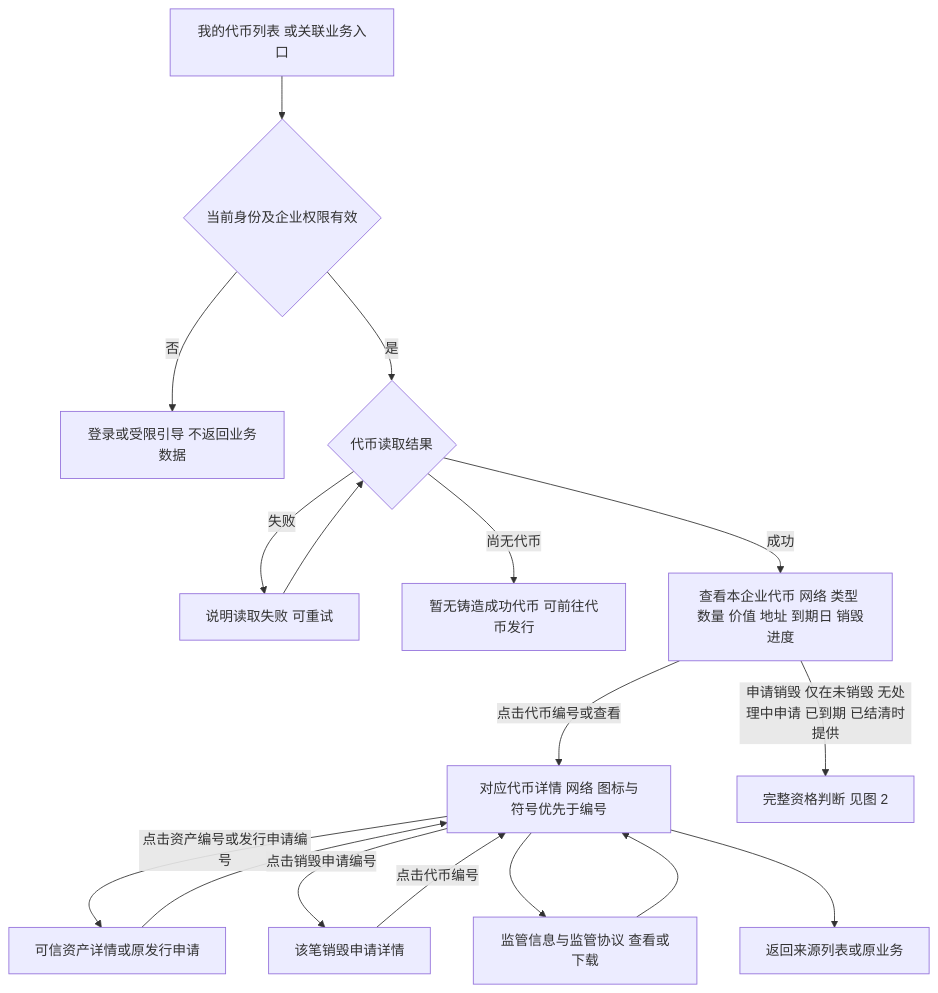
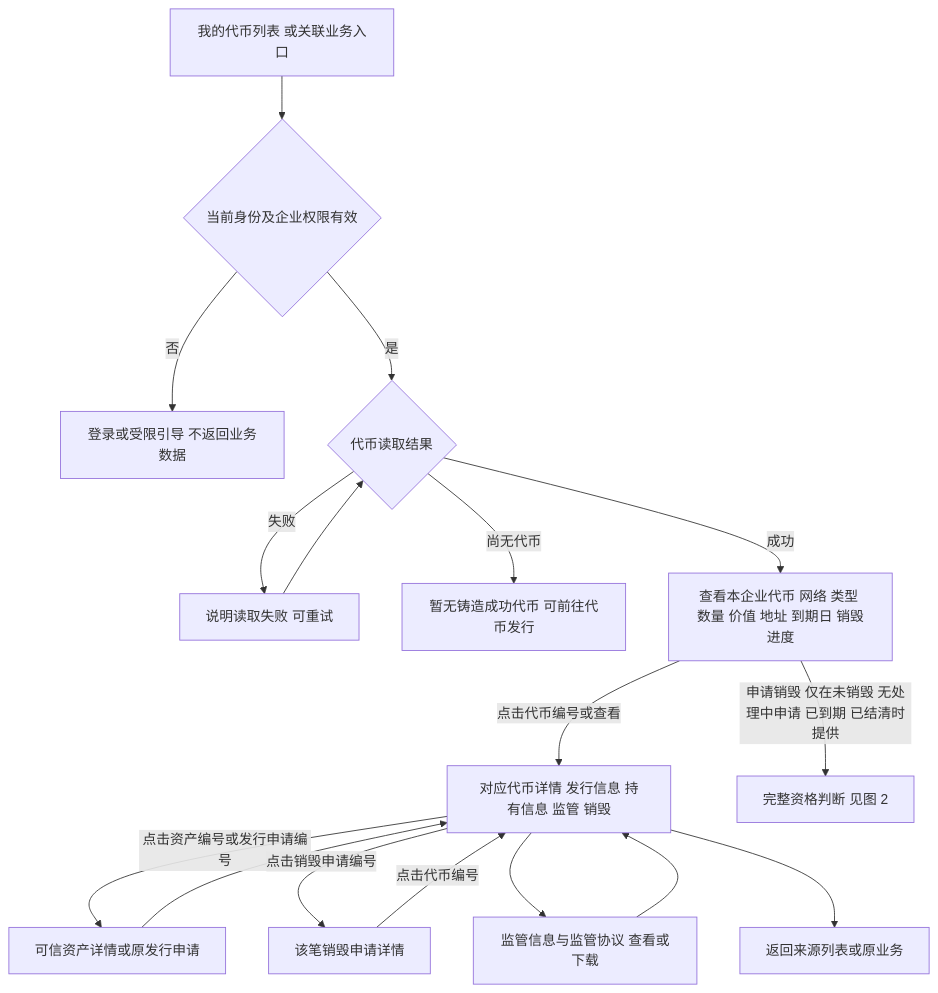
One commit to wxblockchain/Chain-Financing changed the first of 4 diagrams in token-issuance-platform/PRD/面客端/M4a-我的代币与销毁申请/02-我的代币与销毁申请-流程图与状态机.md. Above: the diagram before and after it, drawn with Mermaid. The commit also changed other lines of this file and 3 other files, not shown here.

First line of the commit message:
prd(WS-510): token issuance info, on-chain holding rows, phase-2 roadmap

````diff
--- a/token-issuance-platform/PRD/面客端/M4a-我的代币与销毁申请/02-我的代币与销毁申请-流程图与状态机.md
+++ b/token-issuance-platform/PRD/面客端/M4a-我的代币与销毁申请/02-我的代币与销毁申请-流程图与状态机.md
@@ -17,19 +17,19 @@
 ```mermaid
 flowchart TD
     A[我的代币列表 或关联业务入口] --> B{当前身份及企业权限有效}
     B -->|否| C[登录或受限引导 不返回业务数据]
     B -->|是| D{代币读取结果}
     D -->|失败| E[说明读取失败 可重试]
     E --> D
     D -->|尚无代币| F[暂无铸造成功代币 可前往代币发行]
     D -->|成功| G[查看本企业代币 网络 类型 数量 价值 地址 到期日 销毁进度]
-    G -->|点击代币编号或查看| H[对应代币详情 网络 图标与符号优先于编号]
+    G -->|点击代币编号或查看| H[对应代币详情 发行信息 持有信息 监管 销毁]
     G -->|申请销毁 仅在未销毁 无处理中申请 已到期 已结清时提供| X[完整资格判断 见图 2]
     H -->|点击资产编号或发行申请编号| I[可信资产详情或原发行申请]
     I --> H
     H -->|点击销毁申请编号| J[该笔销毁申请详情]
     J -->|点击代币编号| H
     H --> P[监管信息与监管协议 查看或下载]
     P --> H
     H --> K[返回来源列表或原业务]
 ```
````
